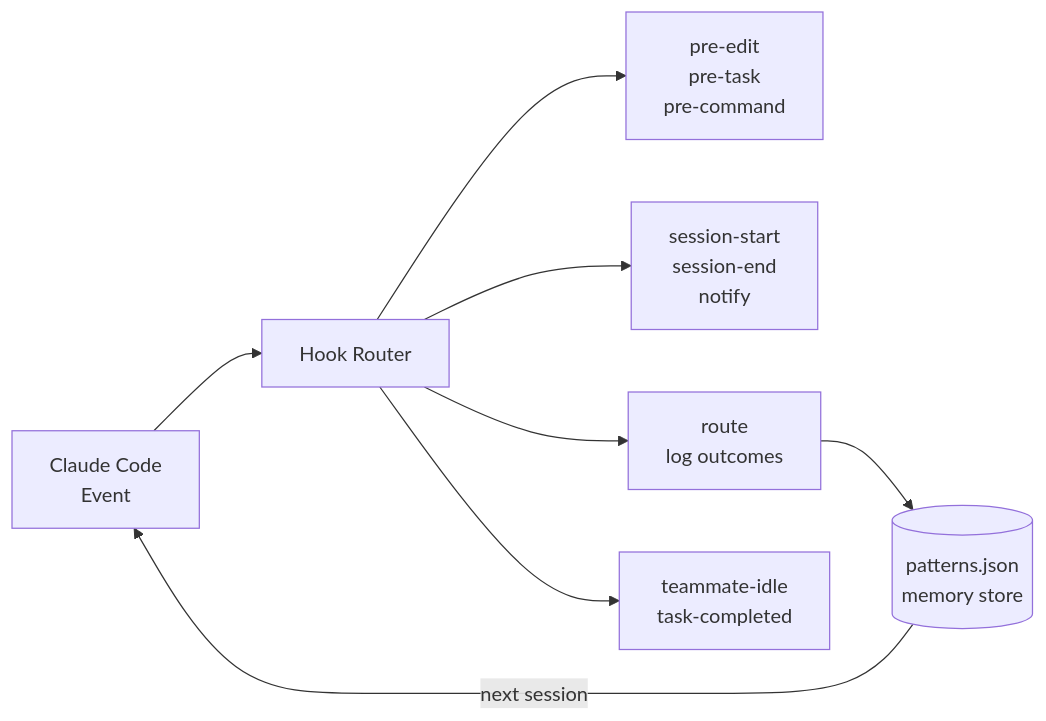
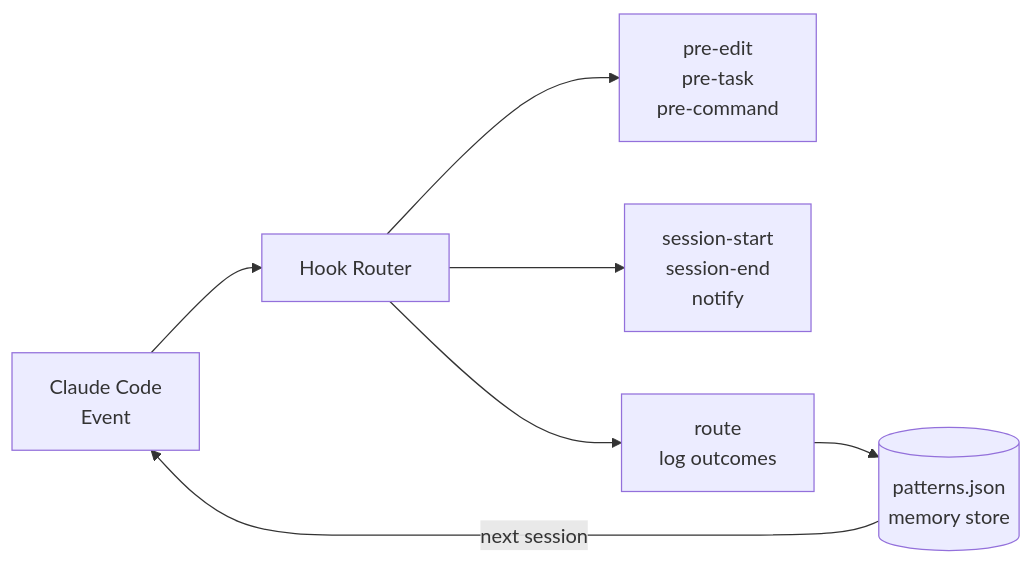
Before and after one commit to monoes/monomind: the third of 4 diagrams in README.md, drawn with Mermaid. The commit also changed other lines of this file and 35 other files, not shown here.

````diff
--- a/README.md
+++ b/README.md
@@ -360,11 +360,10 @@
 ```mermaid
 flowchart LR
     CE["Claude Code\nEvent"] --> H["Hook Router"]
     H --> P["pre-edit\npre-task\npre-command"]
     H --> SS["session-start\nsession-end\nnotify"]
     H --> I["route\nlog outcomes"]
-    H --> T["teammate-idle\ntask-completed"]
 
     I --> DB[("patterns.json\nmemory store")]
     DB -->|next session| CE
 ```
````
